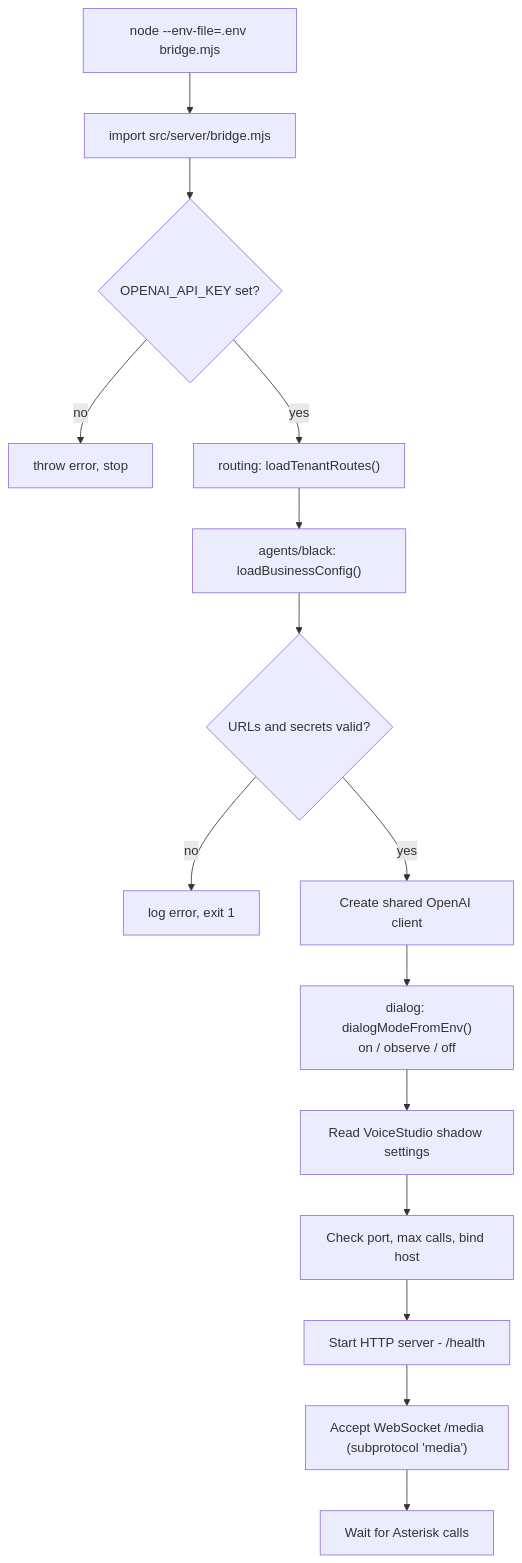
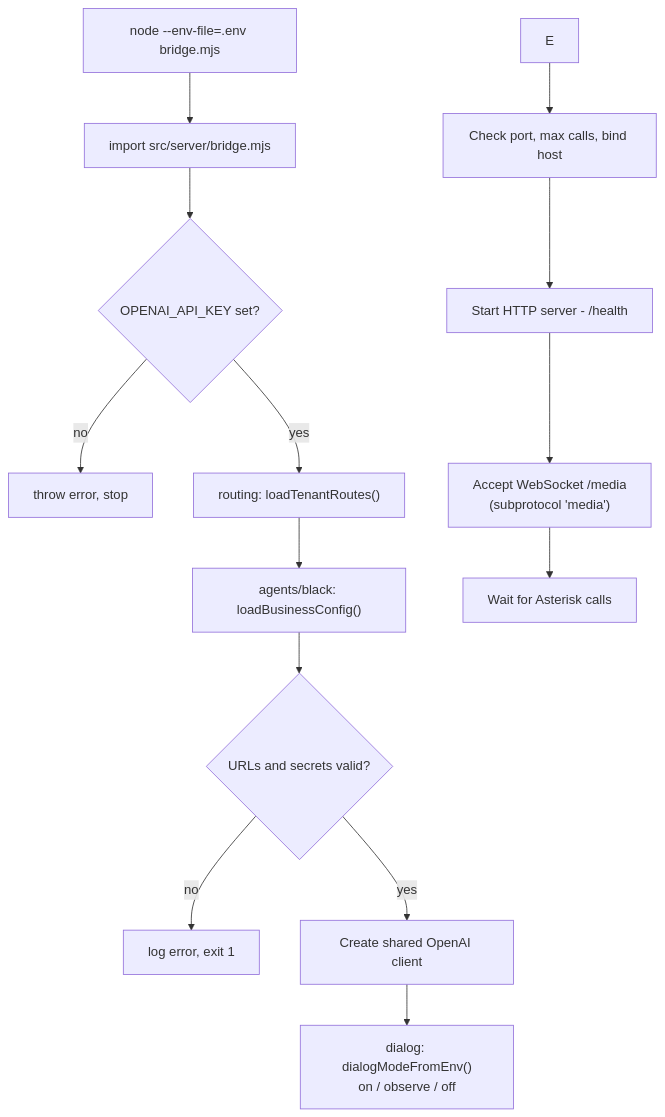
The third of 10 diagrams in docs/FUNCTIONS_AND_FLOW.md (softdevglobal/bmspro-voice-bridge), drawn with Mermaid before and after one commit. The commit also changed other lines of this file and 22 other files, not shown here.

````diff
--- a/docs/FUNCTIONS_AND_FLOW.md
+++ b/docs/FUNCTIONS_AND_FLOW.md
@@ -359,17 +354,16 @@
 ```mermaid
 flowchart TD
     A["node --env-file=.env bridge.mjs"] --> A1["import src/server/bridge.mjs"]
     A1 --> B{OPENAI_API_KEY set?}
     B -- no --> X1[throw error, stop]
     B -- yes --> C["routing: loadTenantRoutes()"]
     C --> C1["agents/black: loadBusinessConfig()"]
     C1 --> C2{URLs and secrets valid?}
     C2 -- no --> X2[log error, exit 1]
     C2 -- yes --> D[Create shared OpenAI client]
     D --> D1["dialog: dialogModeFromEnv()<br/>on / observe / off"]
-    D1 --> E[Read VoiceStudio shadow settings]
     E --> F[Check port, max calls, bind host]
     F --> G["Start HTTP server - /health"]
     G --> H["Accept WebSocket /media<br/>(subprotocol 'media')"]
     H --> I[Wait for Asterisk calls]
 ```
````
